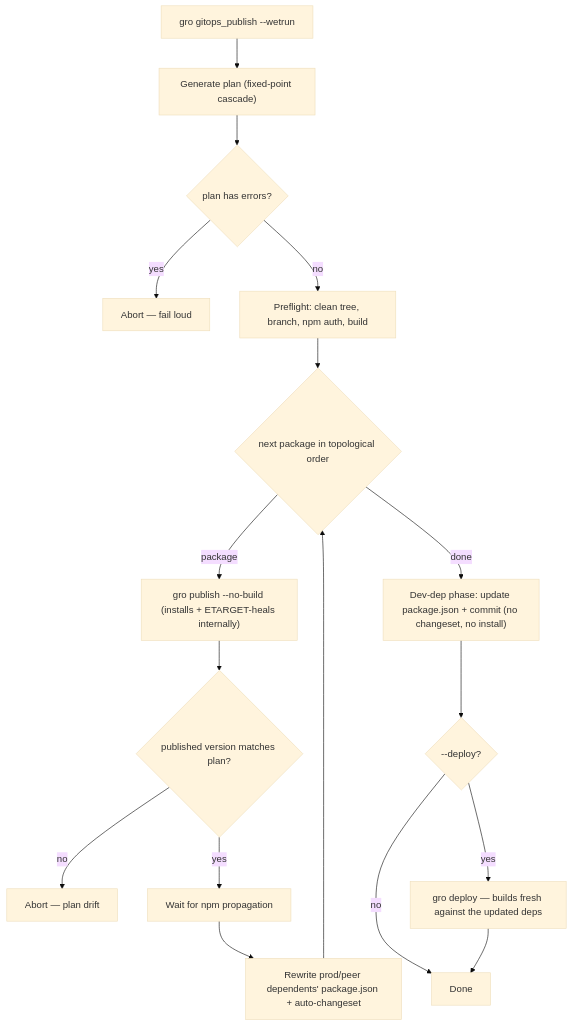
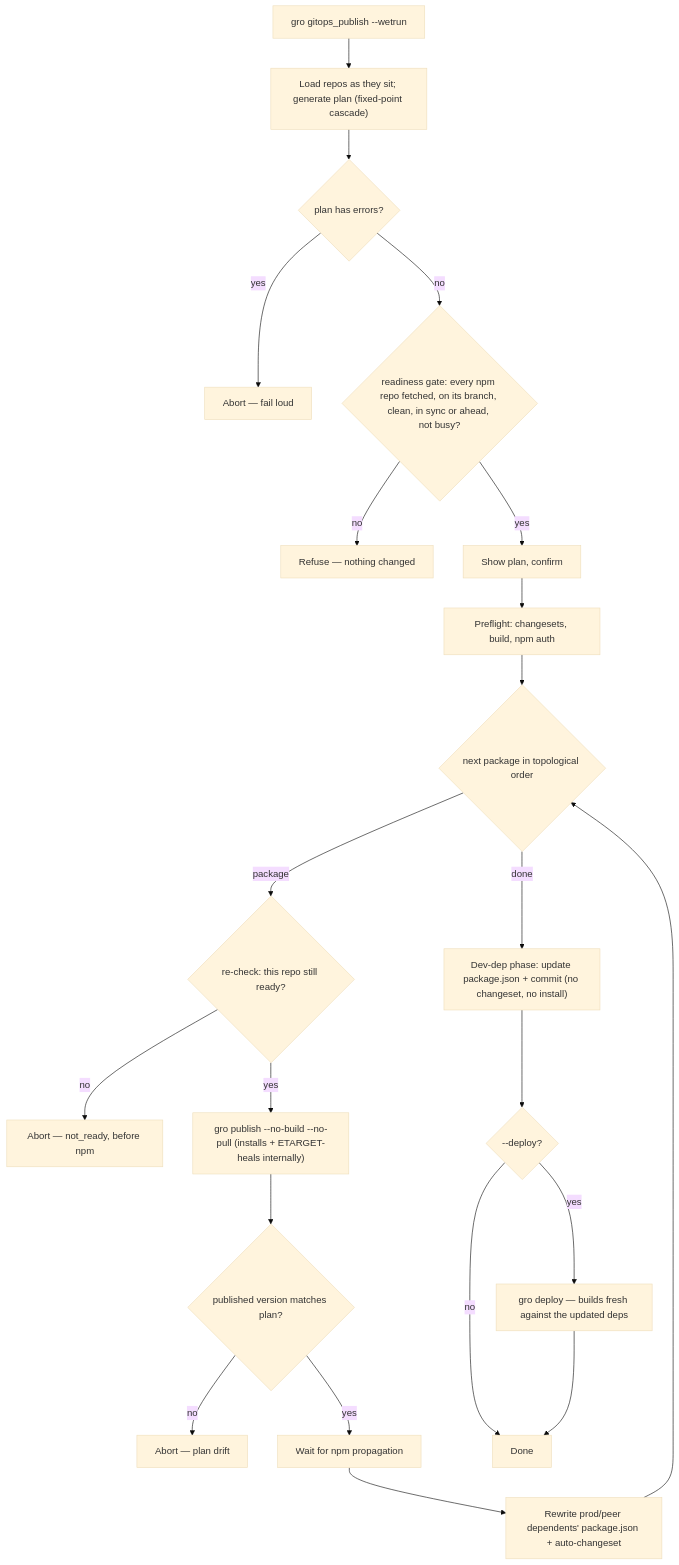
The diagram in docs/publishing.md (fuzdev/fuz_gitops), drawn with Mermaid (base theme) before and after one commit. The commit also changed other lines of this file and 25 other files, not shown here.

Commit message:
feat: publish readiness gate over repos status replaces the forced sync

````diff
--- a/docs/publishing.md
+++ b/docs/publishing.md
@@ -112,19 +162,24 @@
 ```mermaid
 flowchart TD
-    A["gro gitops_publish --wetrun"] --> B["Generate plan (fixed-point cascade)"]
+    A["gro gitops_publish --wetrun"] --> B["Load repos as they sit; generate plan (fixed-point cascade)"]
     B --> C{"plan has errors?"}
     C -->|yes| X["Abort — fail loud"]
-    C -->|no| D["Preflight: clean tree, branch, npm auth, build"]
+    C -->|no| R{"readiness gate: every npm repo fetched, on its branch, clean, in sync or ahead, not busy?"}
+    R -->|no| W["Refuse — nothing changed"]
+    R -->|yes| P["Show plan, confirm"]
+    P --> D["Preflight: changesets, build, npm auth"]
     D --> E{"next package in topological order"}
-    E -->|package| H["gro publish --no-build (installs + ETARGET-heals internally)"]
+    E -->|package| Q{"re-check: this repo still ready?"}
+    Q -->|no| V["Abort — not_ready, before npm"]
+    Q -->|yes| H["gro publish --no-build --no-pull (installs + ETARGET-heals internally)"]
     H --> I{"published version matches plan?"}
     I -->|no| Y["Abort — plan drift"]
     I -->|yes| J["Wait for npm propagation"]
     J --> K["Rewrite prod/peer dependents' package.json + auto-changeset"]
     K --> E
     E -->|done| L["Dev-dep phase: update package.json + commit (no changeset, no install)"]
     L --> M{"--deploy?"}
     M -->|yes| N["gro deploy — builds fresh against the updated deps"]
     M -->|no| Z["Done"]
     N --> Z
 ```
````
